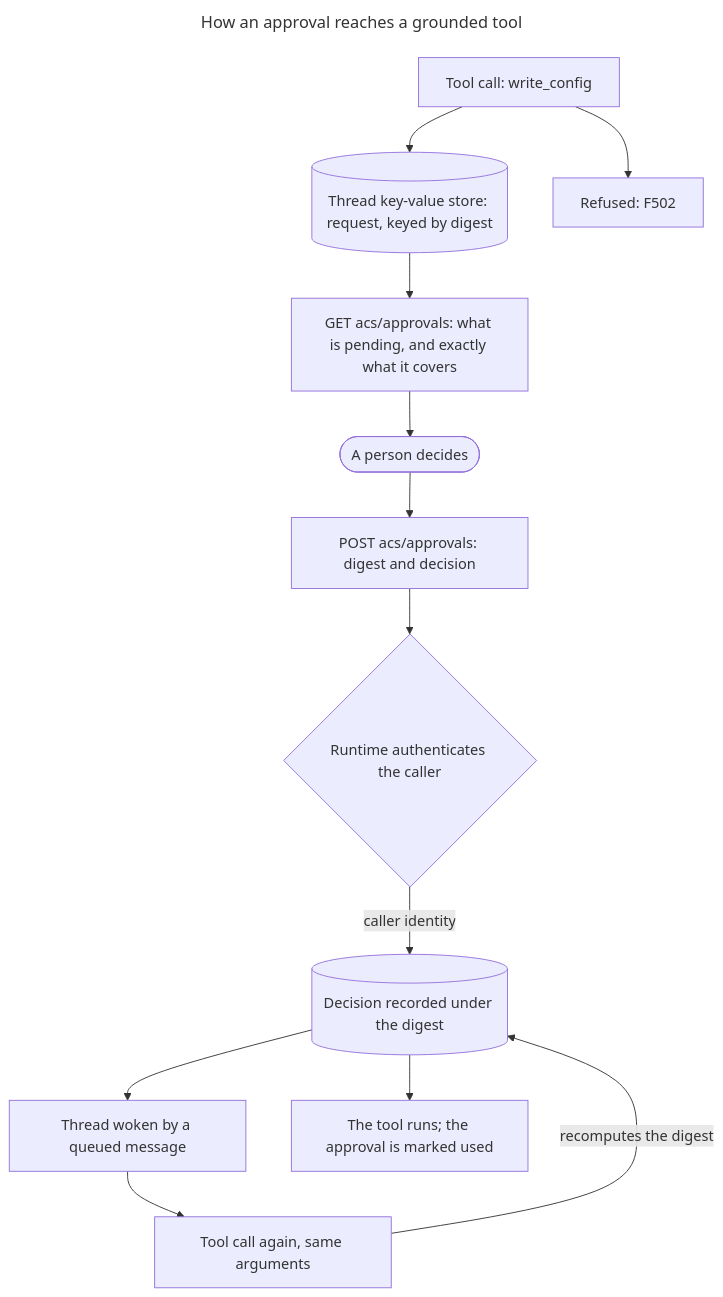
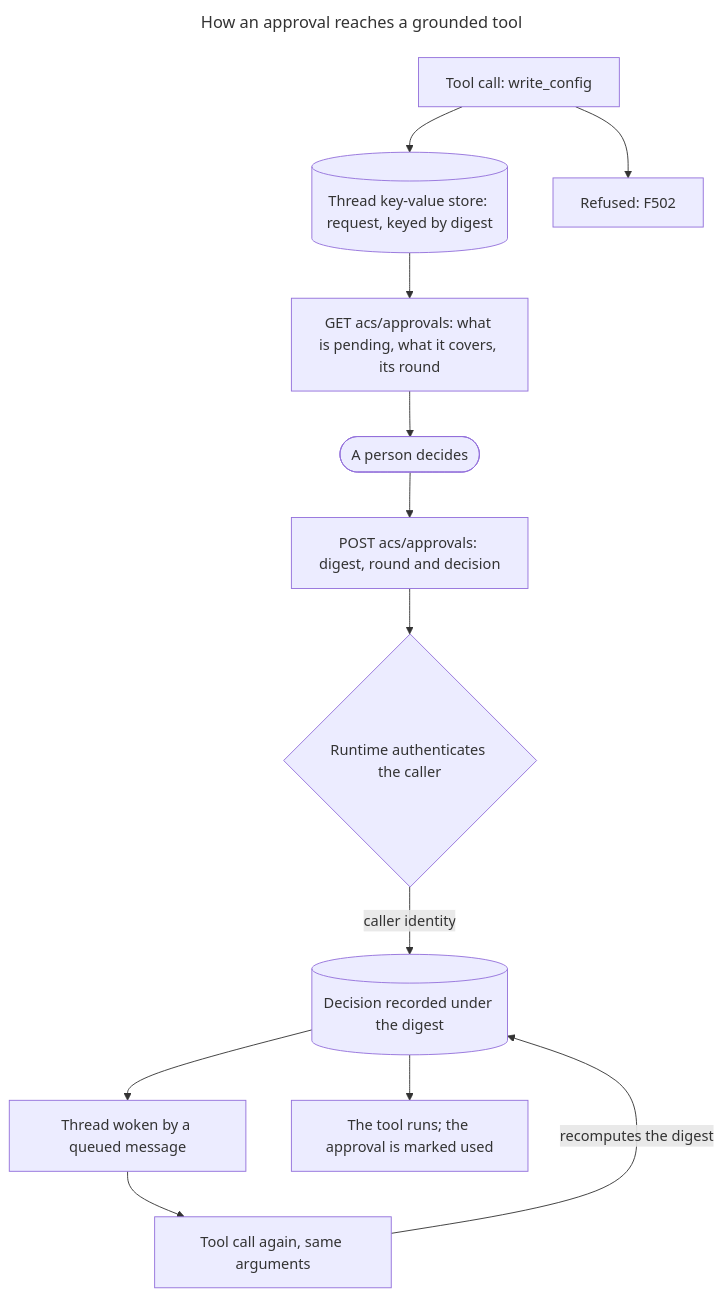
Before and after one commit to synaptiai/agent-capability-standard: the third of 4 diagrams in docs/integrations/standard_agents.md, drawn with Mermaid. The commit also changed other lines of this file and 19 other files, not shown here.

````diff
--- a/docs/integrations/standard_agents.md
+++ b/docs/integrations/standard_agents.md
@@ -464,18 +465,18 @@
 ```mermaid
 ---
 title: How an approval reaches a grounded tool
 ---
 flowchart TB
-  accDescr: The tool stores what must be approved under its digest and is refused; the person's client reads the pending request from an authenticated endpoint and posts a decision; the runtime authenticates the caller, the endpoint records the decision under the same digest and wakes the thread; the model calls the tool again and the tool finds the decision by recomputing the digest from its own arguments.
+  accDescr: The tool stores what must be approved under its digest and is refused; the person's client reads the pending request and its round from an authenticated endpoint and posts a decision on that round; the runtime authenticates the caller, the endpoint records the decision under the same digest and wakes the thread; the model calls the tool again and the tool finds the decision by recomputing the digest from its own arguments.
   t1["Tool call: write_config"] --> rec[("Thread key-value store: request, keyed by digest")]
   t1 --> refused["Refused: F502"]
-  rec --> get["GET acs/approvals: what is pending, and exactly what it covers"]
+  rec --> get["GET acs/approvals: what is pending, what it covers, its round"]
   get --> person([A person decides])
-  person --> post["POST acs/approvals: digest and decision"]
+  person --> post["POST acs/approvals: digest, round and decision"]
   post --> auth{"Runtime authenticates the caller"}
   auth -->|caller identity| dec[("Decision recorded under the digest")]
   dec --> wake["Thread woken by a queued message"]
   wake --> t2["Tool call again, same arguments"]
   t2 -->|recomputes the digest| dec
   dec --> runs["The tool runs; the approval is marked used"]
 ```
````
